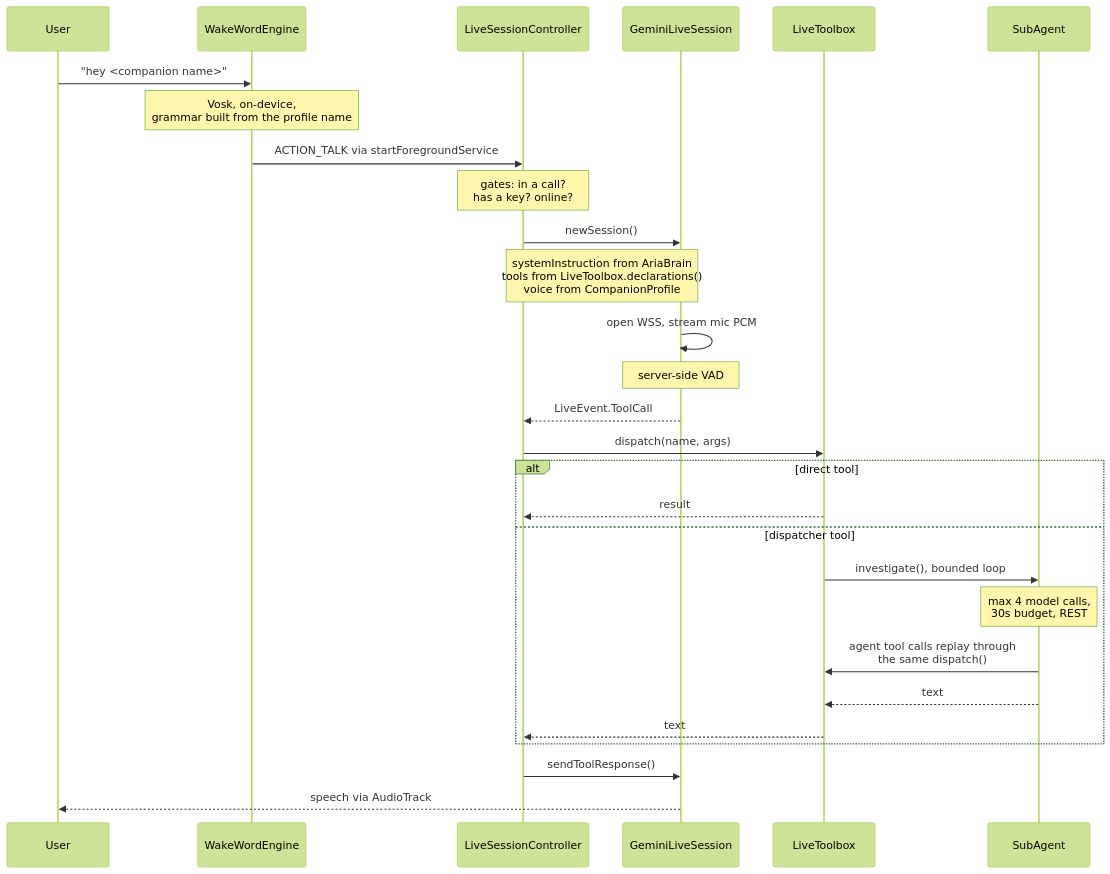
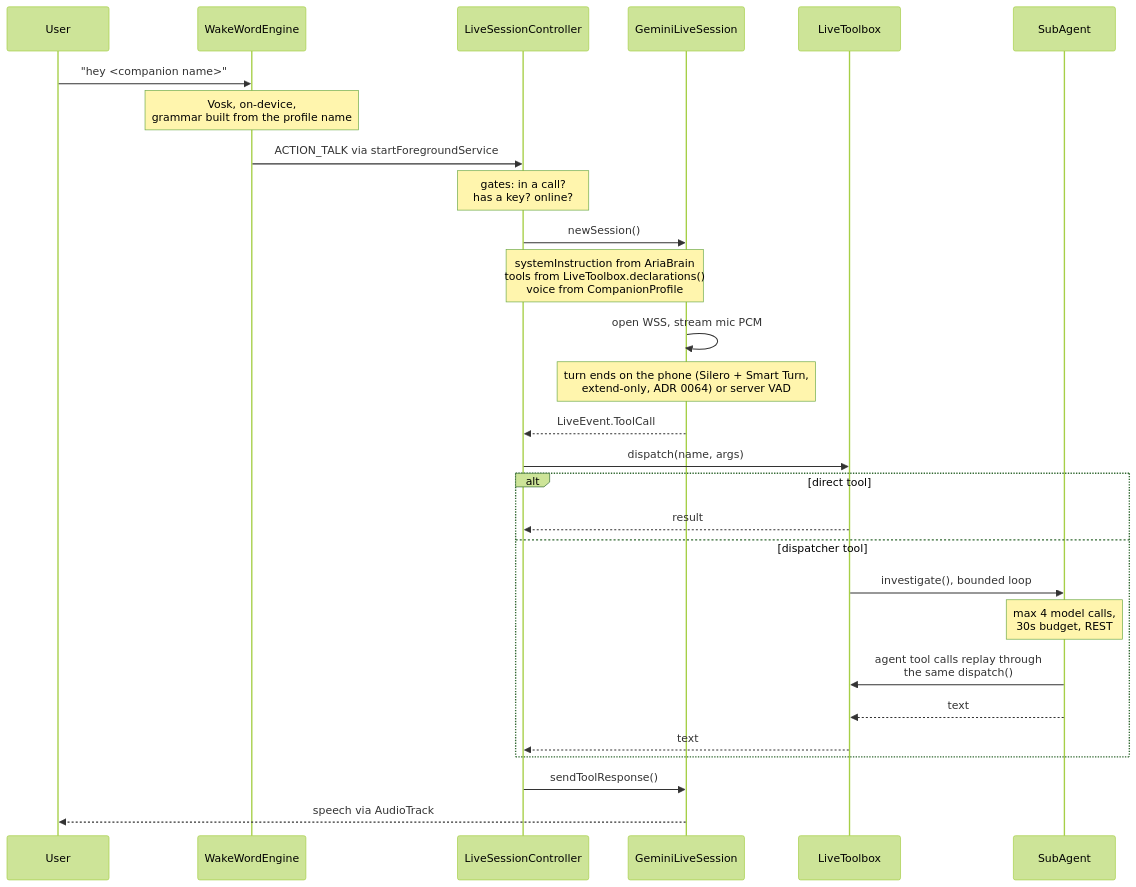
Before and after one commit to kevinmyo-code/legion: the diagram in docs/architecture/c3-voice-loop.md, drawn with Mermaid (forest theme). The commit also changed other lines of this file and 3 other files, not shown here.

First line of the commit message:
Record the turn-taking rulings, A25 timings and ADR 0064

````diff
--- a/docs/architecture/c3-voice-loop.md
+++ b/docs/architecture/c3-voice-loop.md
@@ -13,33 +13,33 @@
 ```mermaid
 sequenceDiagram
     participant U as User
     participant W as WakeWordEngine
     participant C as LiveSessionController
     participant G as GeminiLiveSession
     participant T as LiveToolbox
     participant S as SubAgent
 
     U->>W: "hey <companion name>"
     Note over W: Vosk, on-device,<br/>grammar built from the profile name
     W->>C: ACTION_TALK via startForegroundService
     Note over C: gates: in a call?<br/>has a key? online?
     C->>G: newSession()
     Note over C,G: systemInstruction from AriaBrain<br/>tools from LiveToolbox.declarations()<br/>voice from CompanionProfile
     G->>G: open WSS, stream mic PCM
-    Note over G: server-side VAD
+    Note over G: turn ends on the phone (Silero + Smart Turn,<br/>extend-only, ADR 0064) or server VAD
     G-->>C: LiveEvent.ToolCall
     C->>T: dispatch(name, args)
 
     alt direct tool
         T-->>C: result
     else dispatcher tool
         T->>S: investigate(), bounded loop
         Note over S: max 4 model calls,<br/>30s budget, REST
         S->>T: agent tool calls replay through<br/>the same dispatch()
         S-->>T: text
         T-->>C: text
     end
 
     C->>G: sendToolResponse()
     G-->>U: speech via AudioTrack
 ```
````
